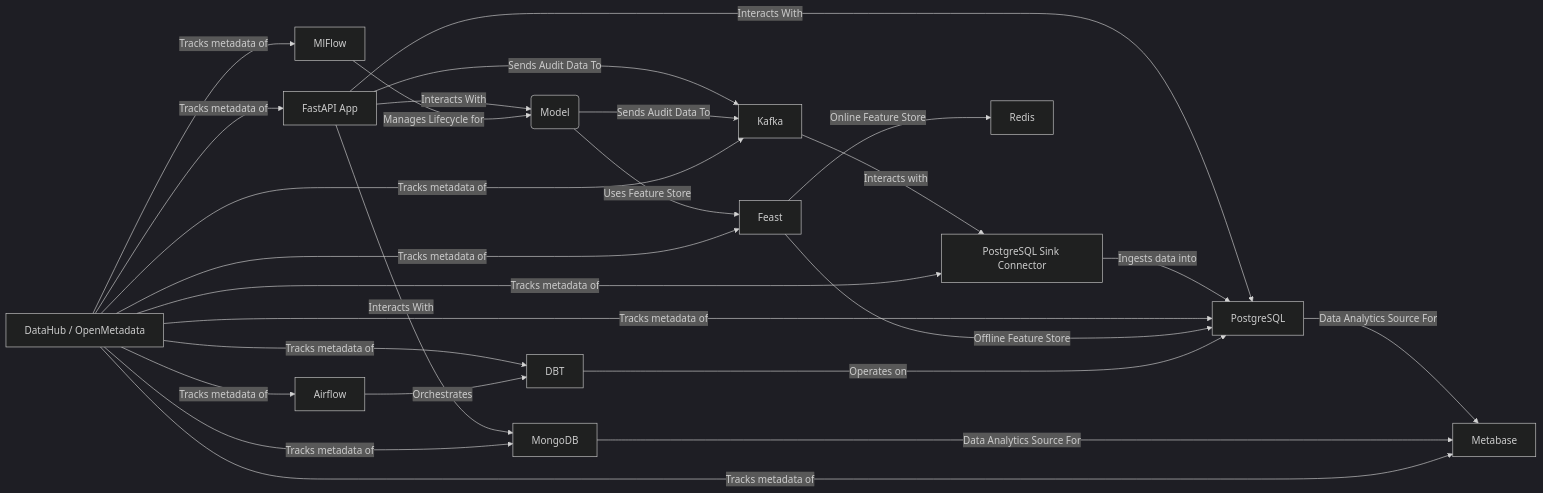
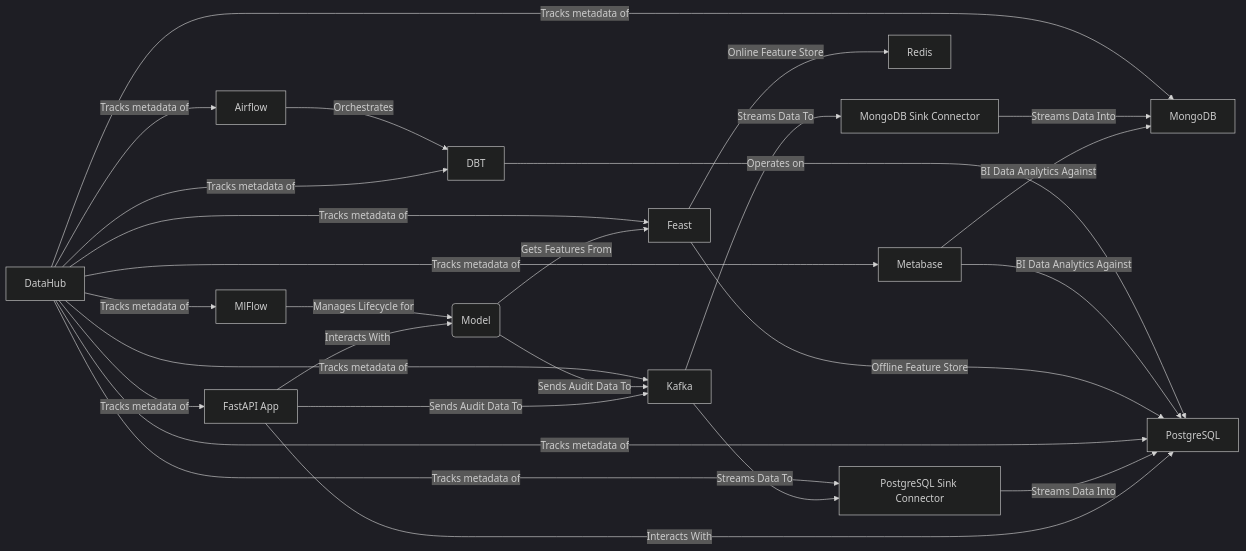
The diagram in docs/README.md (Foehammer82/tech-terrarium), drawn with Mermaid (dark theme) before and after one commit. The commit also changed 5 other files, not shown here.

````diff
--- a/docs/README.md
+++ b/docs/README.md
@@ -30,29 +30,30 @@
 ```mermaid
 graph LR
     A[FastAPI App] -->|Sends Audit Data To| B[Kafka]
-    B -->|Interacts with| D[PostgreSQL Sink Connector]
+    B -->|Streams Data To| D[PostgreSQL Sink Connector]
     A -->|Interacts With| E
-    D -->|Ingests data into| E[PostgreSQL]
+    D -->|Streams Data Into| E[PostgreSQL]
     Q -->|Tracks metadata of| E
     G[Feast] -->|Offline Feature Store| E
     G -->|Online Feature Store| V[Redis]
-    E -->|Data Analytics Source For| H[Metabase]
-    U -->|Uses Feature Store| G
+    H[Metabase] -->|BI Data Analytics Against| E
+    U -->|Gets Features From| G
     A -->|Interacts With| U
-    A -->|Interacts With| I
-    I -->|Data Analytics Source For| H
+    H -->|BI Data Analytics Against| I
     T[MlFlow] -->|Manages Lifecycle for| U(Model)
     U -->|Sends Audit Data To| B
-    Q[DataHub / OpenMetadata] -->|Tracks metadata of| I[MongoDB]
+    F[MongoDB Sink Connector] -->|Streams Data Into| I
+    B-->|Streams Data To| F
+    Q[DataHub] -->|Tracks metadata of| I[MongoDB]
     Q -->|Tracks metadata of| H
     Q -->|Tracks metadata of| O[Airflow]
     Q -->|Tracks metadata of| T
     Q -->|Tracks metadata of| D
     Q -->|Tracks metadata of| B
     Q -->|Tracks metadata of| P[DBT]
     Q -->|Tracks metadata of| G
     Q -->|Tracks metadata of| A
     O -->|Orchestrates| P
     P -->|Operates on| E
 
 ```
````
